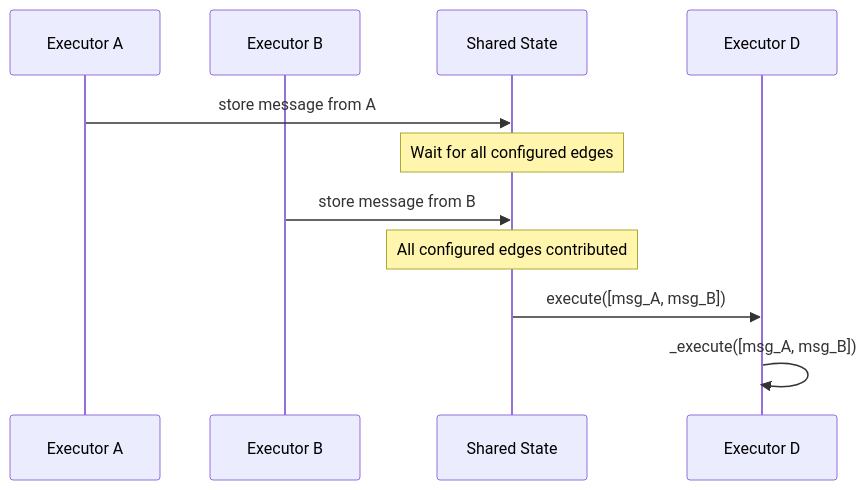
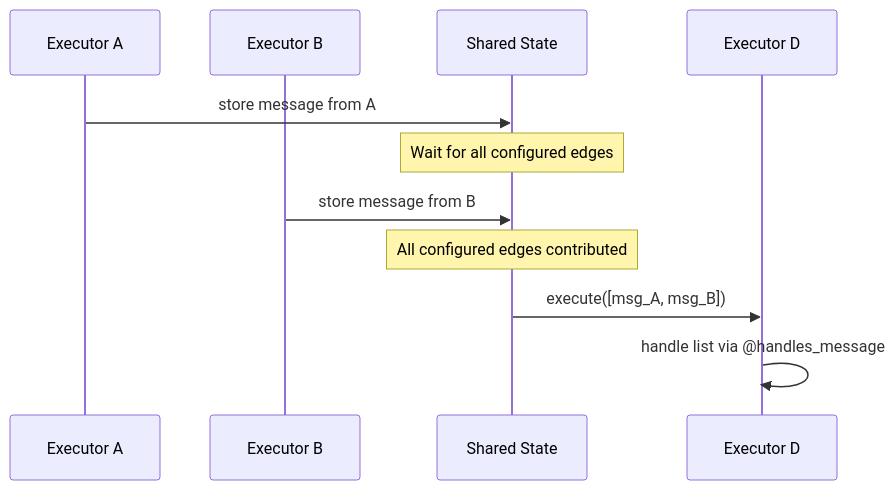
Before and after one commit to microsoft/agent-framework: the third of 5 diagrams in docs/design/workflows_updated.md, drawn with Mermaid. The commit also changed other lines of this file, not shown here.

````diff
--- a/docs/design/workflows_updated.md
+++ b/docs/design/workflows_updated.md
@@ -316,14 +447,14 @@
 ```mermaid
 sequenceDiagram
     participant A as Executor A
     participant B as Executor B
     participant SS as Shared State
     participant D as Executor D
     
     A->>SS: store message from A
     Note over SS: Wait for all configured edges
     B->>SS: store message from B
     Note over SS: All configured edges contributed
     SS->>D: execute([msg_A, msg_B])
-    D->>D: _execute([msg_A, msg_B])
+    D->>D: handle list via @handles_message
 ```
````
